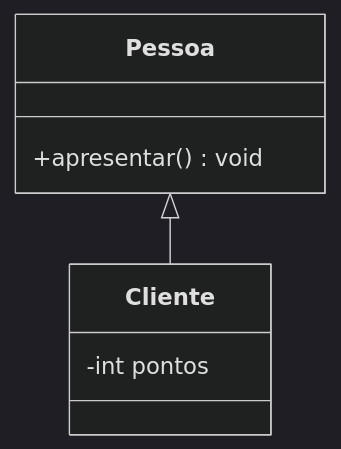
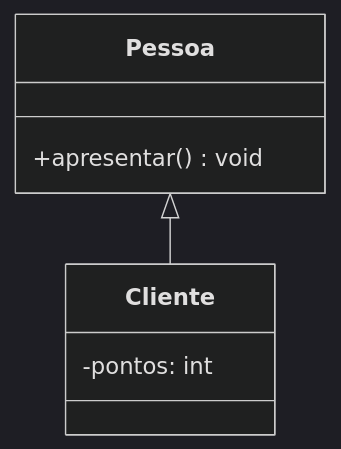
One commit to filipefernandesphd/DOO changed the second of 7 diagrams in 2026.2/aula-10/slides/slides.md. Above: the diagram before and after it, drawn with Mermaid (dark theme).

Commit message:
fix: update attribute syntax for Cliente class in slides

````diff
--- a/2026.2/aula-10/slides/slides.md
+++ b/2026.2/aula-10/slides/slides.md
@@ -114,11 +114,11 @@
 ```mermaid
 classDiagram
 direction TB
 Pessoa <|-- Cliente
 class Pessoa {
   +apresentar() void
 }
 class Cliente {
-  -int pontos
+  -pontos: int
 }
 ```
````
